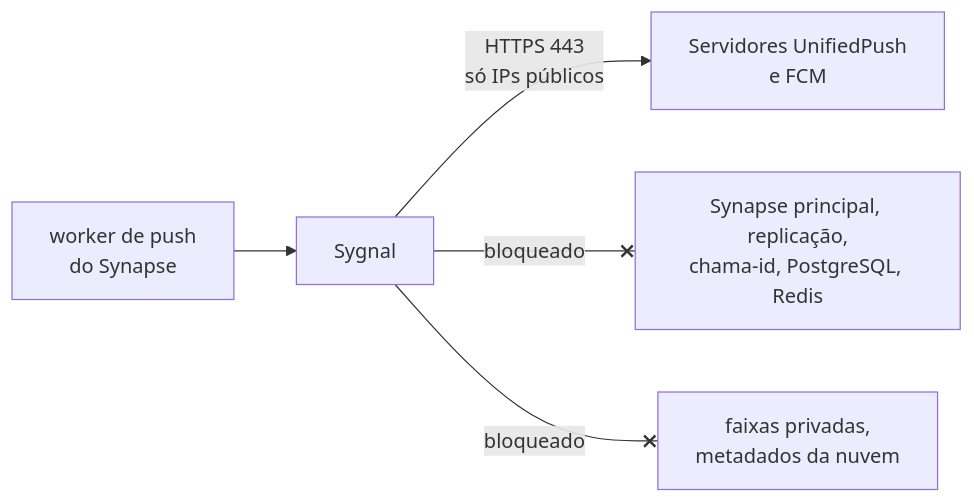
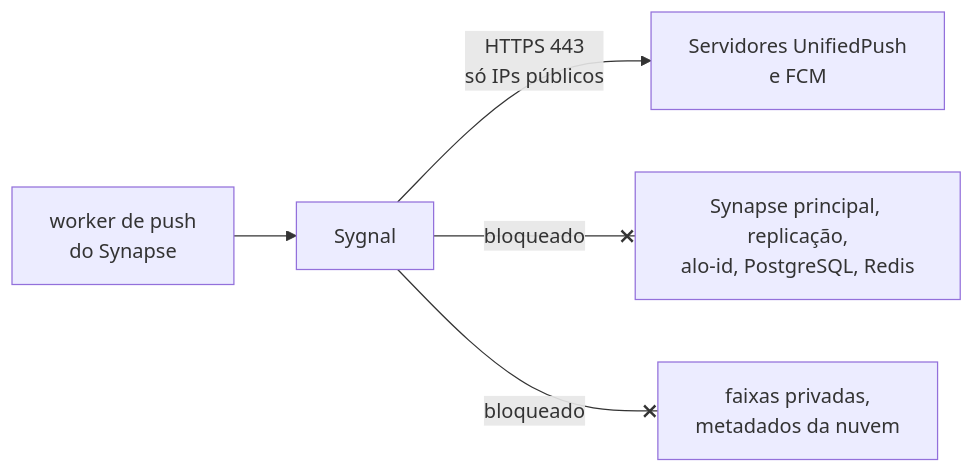
The third of 3 diagrams in docs/operacao.md (kaiomp/alo), drawn with Mermaid before and after one commit. The commit also changed other lines of this file and 153 other files, not shown here.

First line of the commit message:
Rename chama to alo across code, packages, server and docs

````diff
--- a/docs/operacao.md
+++ b/docs/operacao.md
@@ -367,7 +367,7 @@
 ```mermaid
 flowchart LR
     pusher["worker de push<br/>do Synapse"] --> sygnal["Sygnal"]
     sygnal -- "HTTPS 443<br/>só IPs públicos" --> internet["Servidores UnifiedPush<br/>e FCM"]
-    sygnal -- "bloqueado" --x internos["Synapse principal, replicação,<br/>chama-id, PostgreSQL, Redis"]
+    sygnal -- "bloqueado" --x internos["Synapse principal, replicação,<br/>alo-id, PostgreSQL, Redis"]
     sygnal -- "bloqueado" --x privadas["faixas privadas,<br/>metadados da nuvem"]
 ```
````
